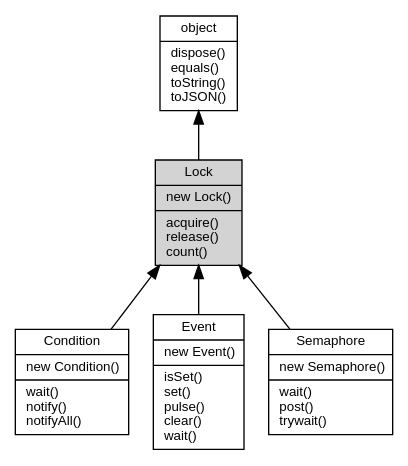
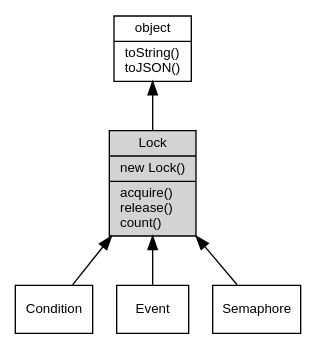
One commit to asionius/fibjs-ceph changed the diagram in docs/object/ifs/Lock.md. Above: the diagram before and after it, drawn with Graphviz. The commit also changed other lines of this file and 138 other files, not shown here.

````diff
--- a/docs/object/ifs/Lock.md
+++ b/docs/object/ifs/Lock.md
@@ -14,16 +14,16 @@
 ```dot
 digraph {
     node [fontname="Helvetica,sans-Serif", fontsize=10, shape="record", style="filled", fillcolor="white"];
 
-    object [tooltip="object", URL="object.md", label="{object|dispose()\lequals()\ltoString()\ltoJSON()\l}"];
-    Lock [tooltip="Lock", fillcolor="lightgray", label="{Lock|new Lock()\l|acquire()\lrelease()\lcount()\l}"];
-    Condition [tooltip="Condition", URL="Condition.md", label="{Condition|new Condition()\l|wait()\lnotify()\lnotifyAll()\l}"];
-    Event [tooltip="Event", URL="Event.md", label="{Event|new Event()\l|isSet()\lset()\lpulse()\lclear()\lwait()\l}"];
-    Semaphore [tooltip="Semaphore", URL="Semaphore.md", label="{Semaphore|new Semaphore()\l|wait()\lpost()\ltrywait()\l}"];
+    object [tooltip="object", URL="object.md", label="{object|toString()\ltoJSON()\l}"];
+    Lock [tooltip="Lock", fillcolor="lightgray", id="me", label="{Lock|new Lock()\l|acquire()\lrelease()\lcount()\l}"];
+    Condition [tooltip="Condition", URL="Condition.md", label="{Condition}"];
+    Event [tooltip="Event", URL="Event.md", label="{Event}"];
+    Semaphore [tooltip="Semaphore", URL="Semaphore.md", label="{Semaphore}"];
 
     object -> Lock [dir=back];
     Lock -> Condition [dir=back];
     Lock -> Event [dir=back];
     Lock -> Semaphore [dir=back];
 }
 ```
````
